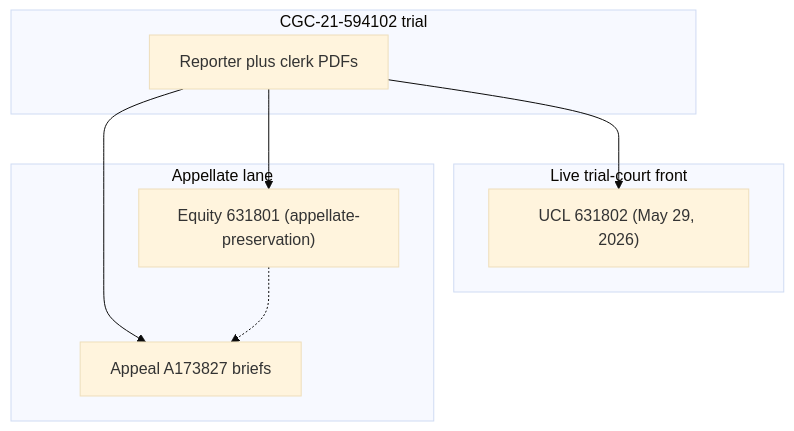
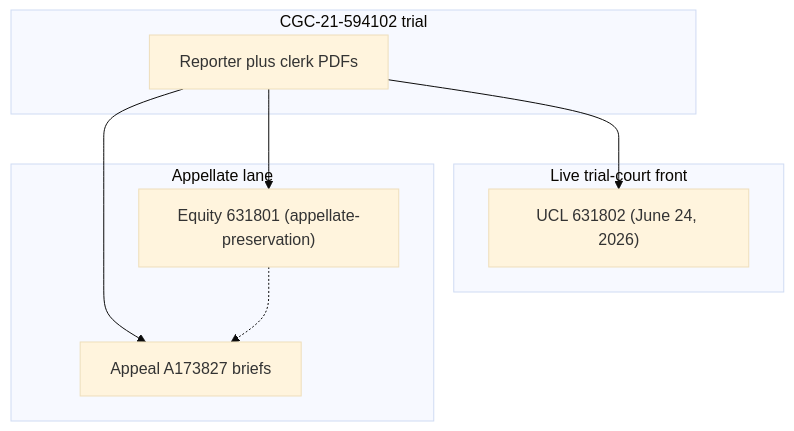
Before and after one commit to Municipal-Public-Trust-in-A-i/CSAA-ABDELHALIM-WONG-PSA-CSK: the diagram in CASE-DOSSIER.md, drawn with Mermaid (base theme). The commit also changed other lines of this file and 246 other files, not shown here.

````diff
--- a/CASE-DOSSIER.md
+++ b/CASE-DOSSIER.md
@@ -39,17 +39,17 @@
 ```mermaid
 flowchart TB
   subgraph trial ["CGC-21-594102 trial"]
     TR["Reporter plus clerk PDFs"]
   end
   subgraph live ["Live trial-court front"]
-    UC["UCL 631802 (May 29, 2026)"]
+    UC["UCL 631802 (June 24, 2026)"]
   end
   subgraph appellate ["Appellate lane"]
     AP["Appeal A173827 briefs"]
     EQ["Equity 631801 (appellate-preservation)"]
   end
   TR --> AP
   TR --> EQ
   TR --> UC
   EQ -.-> AP
 ```
````
